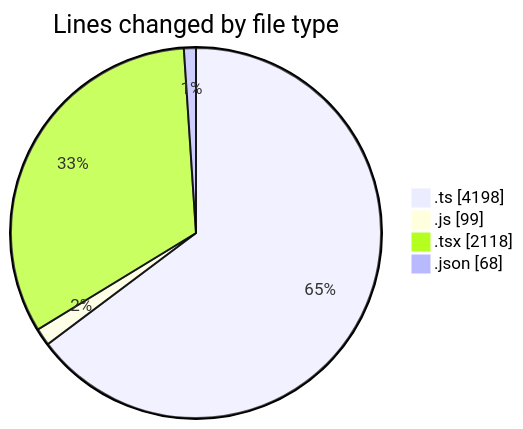
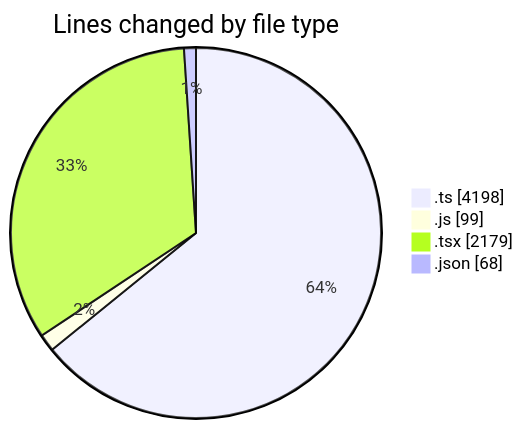
One commit to momahboobian/code-tracking changed the first of 2 diagrams in 2026-09-14/cda/README.md. Above: the diagram before and after it, drawn with Mermaid. The commit also changed other lines of this file and 1 other file, not shown here.

````diff
--- a/2026-09-14/cda/README.md
+++ b/2026-09-14/cda/README.md
@@ -46,8 +47,8 @@
 ```mermaid
 pie showData
 title Lines changed by file type
 ".ts" : 4198
 ".js" : 99
-".tsx" : 2118
+".tsx" : 2179
 ".json" : 68
 ```
````
